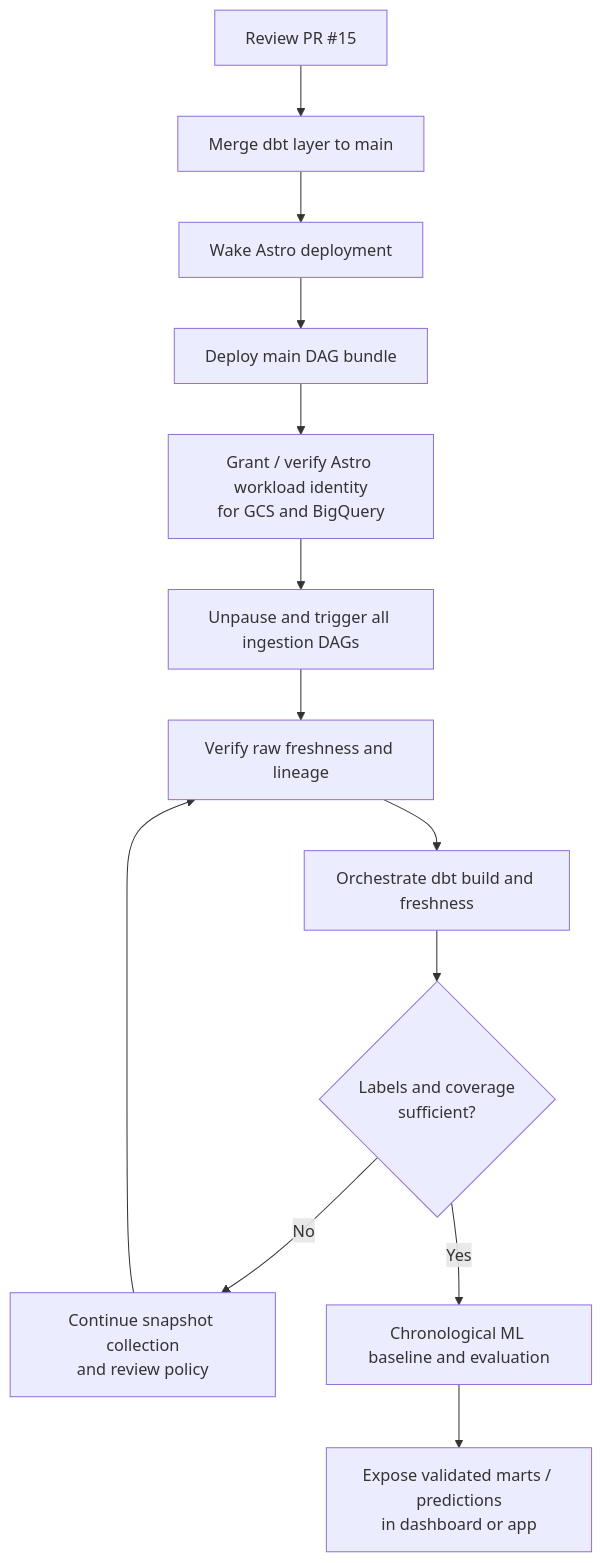
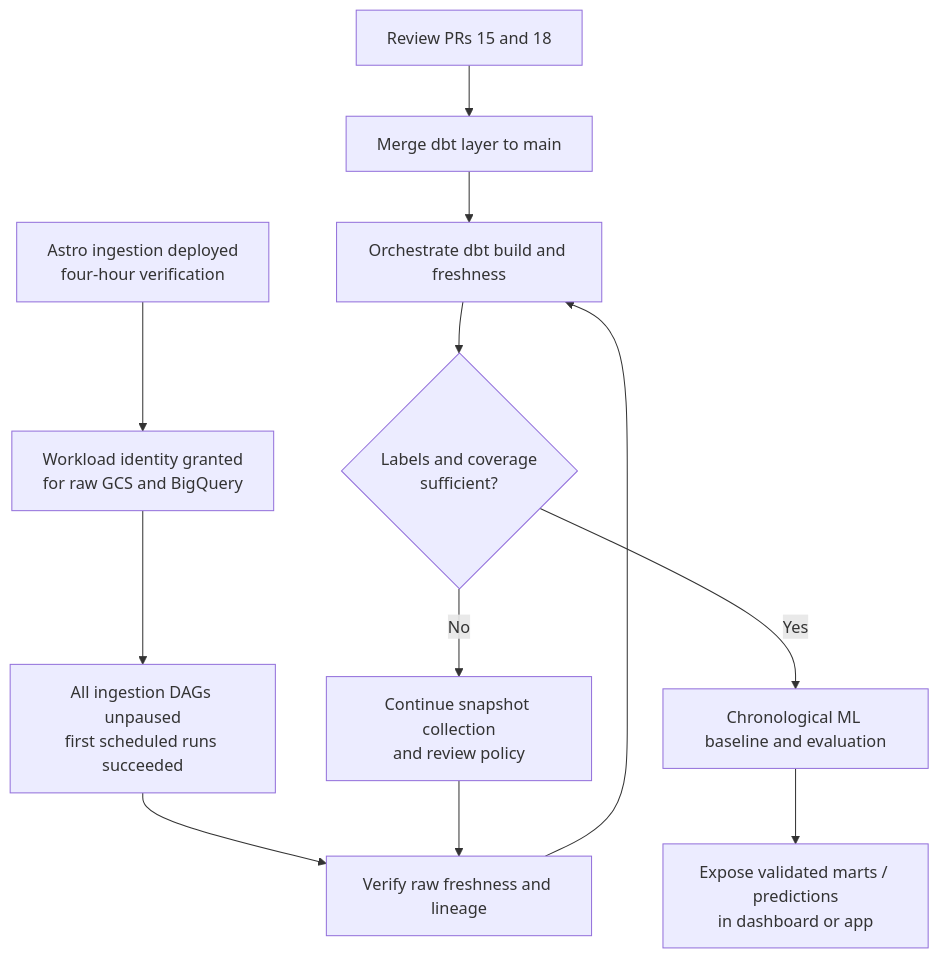
One commit to EmperorRP/ba882-bluebikes-availability-pipeline changed the second of 2 diagrams in docs/pipeline-status.md. Above: the diagram before and after it, drawn with Mermaid. The commit also changed other lines of this file and 1 other file, not shown here.

Commit message:
docs: record deployed ingestion and independent dbt verification

````diff
--- a/docs/pipeline-status.md
+++ b/docs/pipeline-status.md
@@ -86,15 +86,14 @@
 ```mermaid
 flowchart TD
-    A[Review PR #15] --> B[Merge dbt layer to main]
-    B --> C[Wake Astro deployment]
-    C --> D[Deploy main DAG bundle]
-    D --> E[Grant / verify Astro workload identity<br/>for GCS and BigQuery]
-    E --> F[Unpause and trigger all ingestion DAGs]
+    A[Review PRs 15 and 18] --> B[Merge dbt layer to main]
+    C[Astro ingestion deployed<br/>four-hour verification] --> E[Workload identity granted<br/>for raw GCS and BigQuery]
+    E --> F[All ingestion DAGs unpaused<br/>first scheduled runs succeeded]
     F --> G[Verify raw freshness and lineage]
+    B --> H[Orchestrate dbt build and freshness]
     G --> H[Orchestrate dbt build and freshness]
     H --> I{Labels and coverage<br/>sufficient?}
     I -- No --> J[Continue snapshot collection<br/>and review policy]
     J --> G
     I -- Yes --> K[Chronological ML baseline and evaluation]
     K --> L[Expose validated marts / predictions<br/>in dashboard or app]
 ```
````
